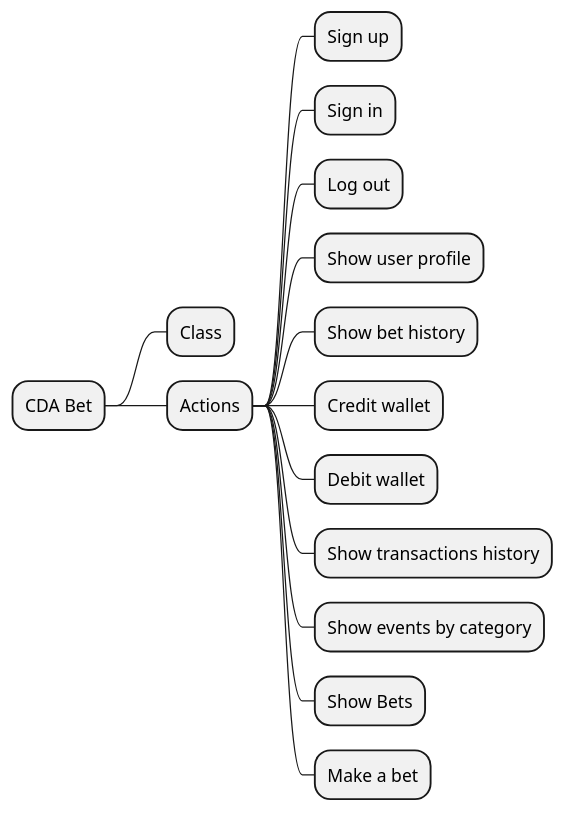
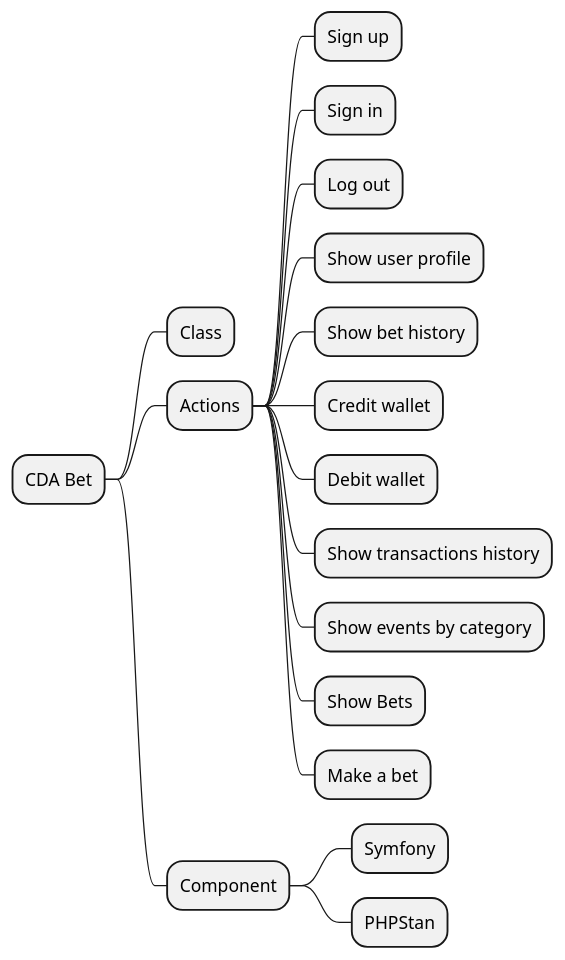
Before and after one commit to OFP-CDA-Mulhouse-2020/parisportif1: the second of 2 diagrams in docs/diagrams/src/CDA Bet.wsd, drawn with PlantUML. The commit also changed other lines of this file and 2 other files, not shown here.

Commit message:
Mandatory commit; class diagram and mind map update

```diff
--- a/docs/diagrams/src/CDA Bet.wsd
+++ b/docs/diagrams/src/CDA Bet.wsd
@@ -119,16 +128,19 @@
 @startmindmap "CDA Bet Mind Map"
 * CDA Bet
 ** Class
 ** Actions
 *** Sign up
 *** Sign in
 *** Log out
 *** Show user profile
 *** Show bet history
 *** Credit wallet
 *** Debit wallet
 *** Show transactions history
 *** Show events by category
 *** Show Bets
 *** Make a bet
+** Component
+*** Symfony
+*** PHPStan
 @endmindmap
```
